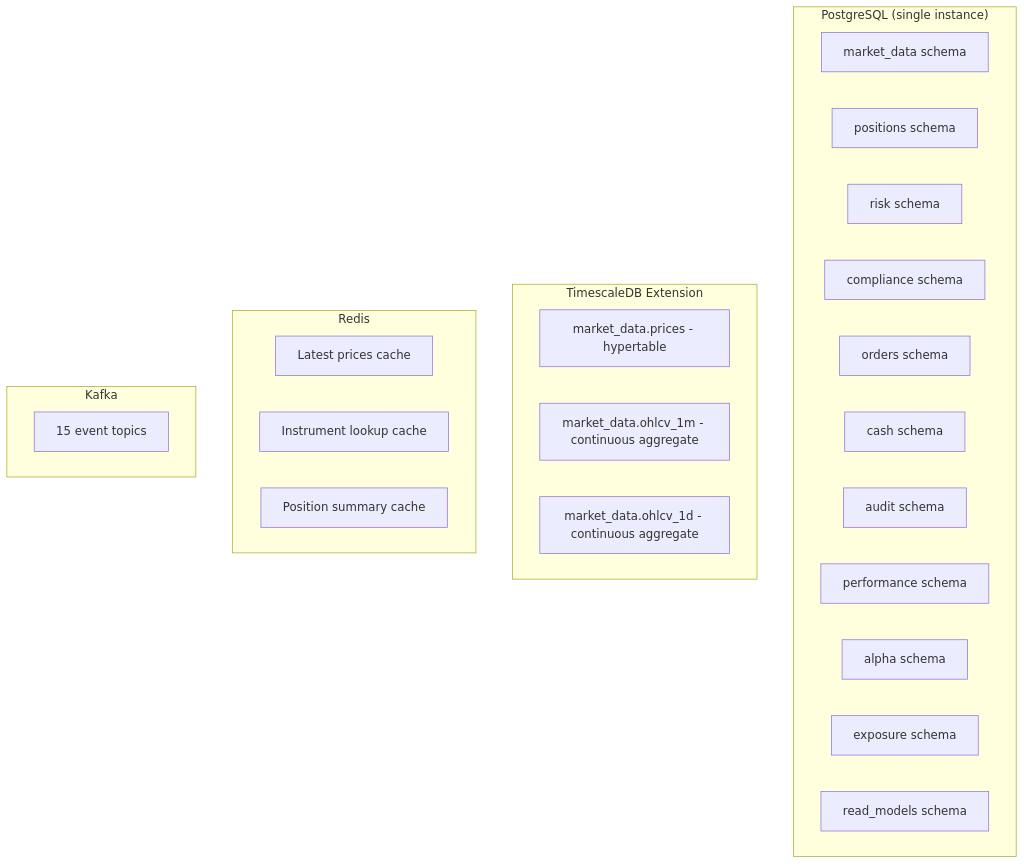
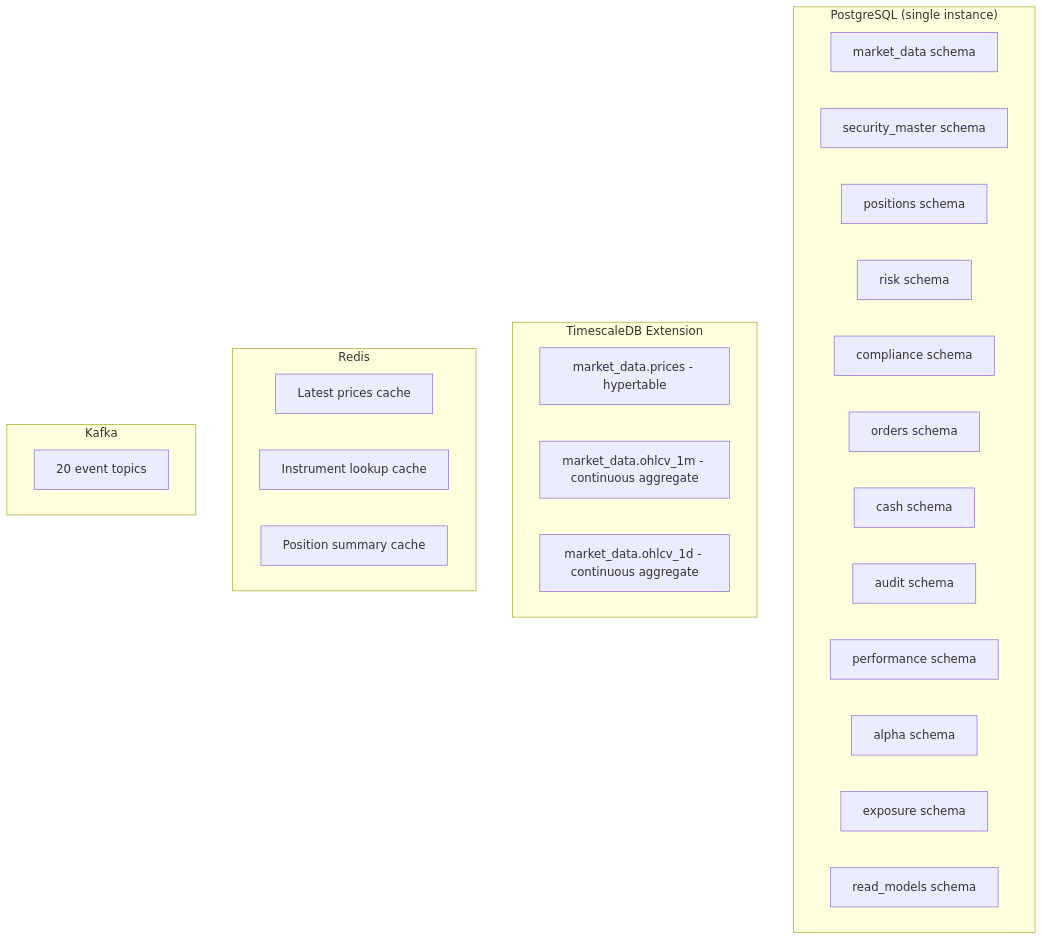
One commit to brunoprela/design changed the sixth of 7 diagrams in systems/hedge-fund-desk/overview.md. Above: the diagram before and after it, drawn with Mermaid. The commit also changed other lines of this file and 30 other files, not shown here.

````diff
--- a/systems/hedge-fund-desk/overview.md
+++ b/systems/hedge-fund-desk/overview.md
@@ -341,32 +348,33 @@
 ```mermaid
 graph TD
     subgraph "PostgreSQL (single instance)"
         S_MD[market_data schema]
+        S_SM[security_master schema]
         S_POS[positions schema]
         S_RISK[risk schema]
         S_COMP[compliance schema]
         S_OMS[orders schema]
         S_CASH[cash schema]
         S_AUDIT[audit schema]
         S_PERF[performance schema]
         S_ALPHA[alpha schema]
         S_EXP[exposure schema]
         S_READ[read_models schema]
     end
 
     subgraph "TimescaleDB Extension"
         HT_PRICES[market_data.prices - hypertable]
         HT_OHLCV_1M[market_data.ohlcv_1m - continuous aggregate]
         HT_OHLCV_1D[market_data.ohlcv_1d - continuous aggregate]
     end
 
     subgraph "Redis"
         CACHE_PRICES[Latest prices cache]
         CACHE_INST[Instrument lookup cache]
         CACHE_POS[Position summary cache]
     end
 
     subgraph "Kafka"
-        TOPICS[15 event topics]
+        TOPICS[20 event topics]
     end
 ```
````
